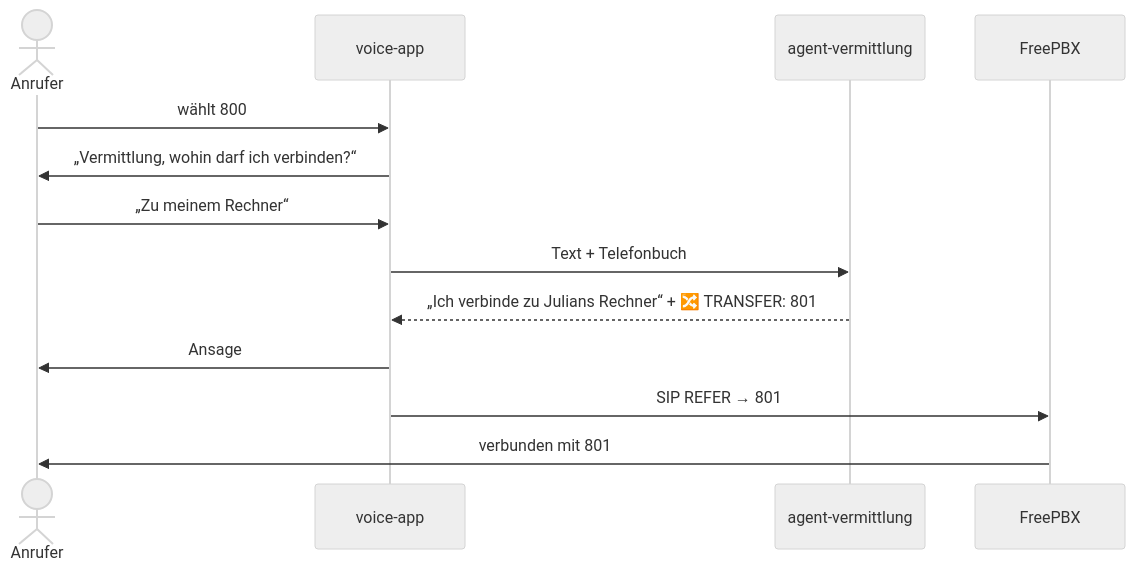
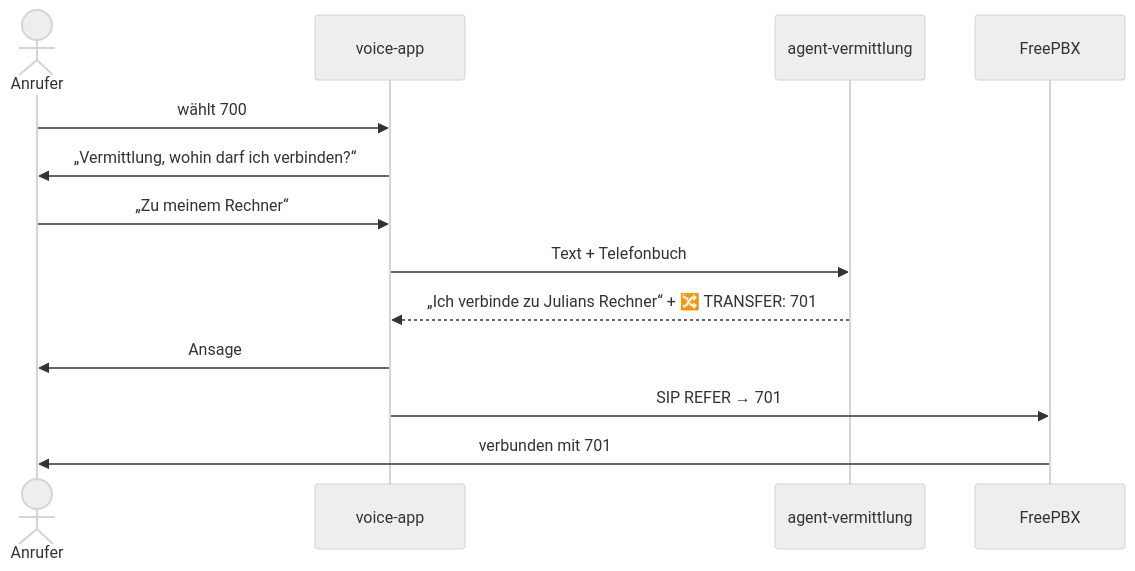
The second of 4 diagrams in README.md (dajuly20/claude-phone-freepbx), drawn with Mermaid (neutral theme) before and after one commit. The commit also changed other lines of this file and 5 other files, not shown here.

````diff
--- a/README.md
+++ b/README.md
@@ -73,15 +73,15 @@
 ```mermaid
 sequenceDiagram
     actor A as Anrufer
     participant V as voice-app
     participant C as agent-vermittlung
     participant P as FreePBX
-    A->>V: wählt 800
+    A->>V: wählt 700
     V->>A: „Vermittlung, wohin darf ich verbinden?“
     A->>V: „Zu meinem Rechner“
     V->>C: Text + Telefonbuch
-    C-->>V: „Ich verbinde zu Julians Rechner“ + 🔀 TRANSFER: 801
+    C-->>V: „Ich verbinde zu Julians Rechner“ + 🔀 TRANSFER: 701
     V->>A: Ansage
-    V->>P: SIP REFER → 801
-    P->>A: verbunden mit 801
+    V->>P: SIP REFER → 701
+    P->>A: verbunden mit 701
 ```
````
